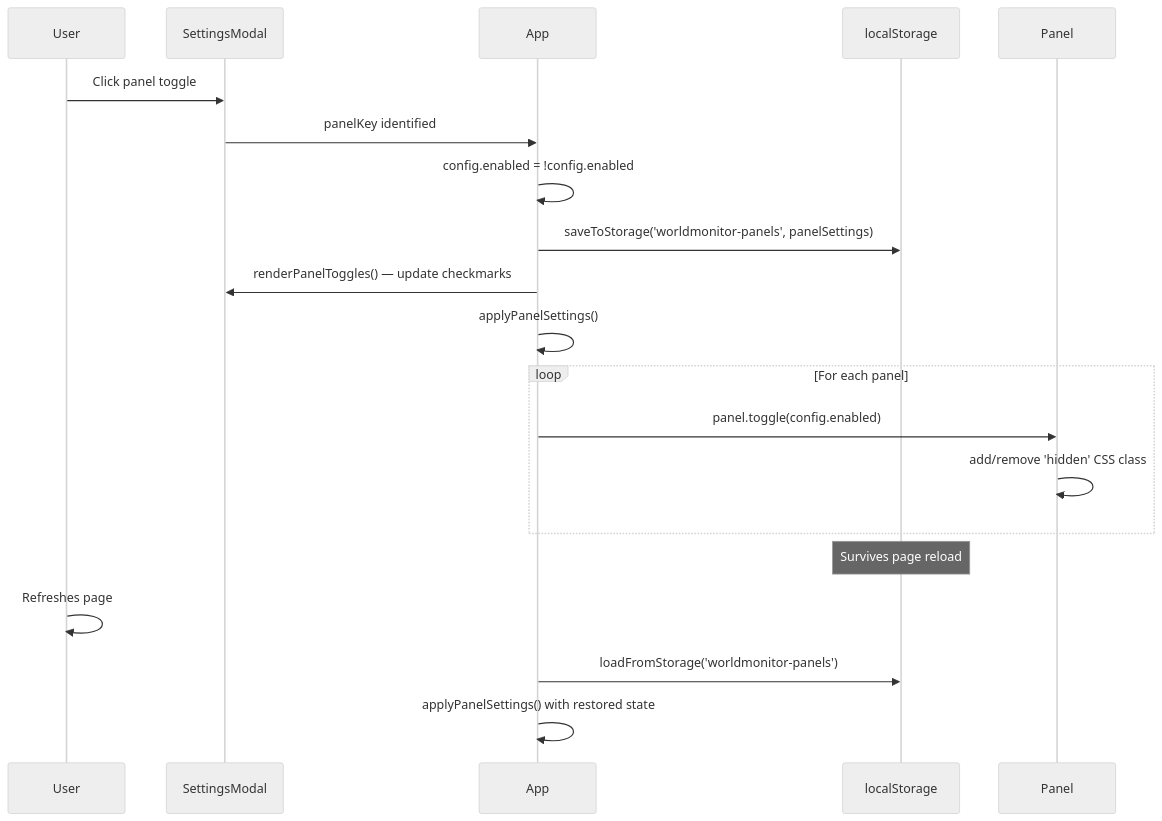
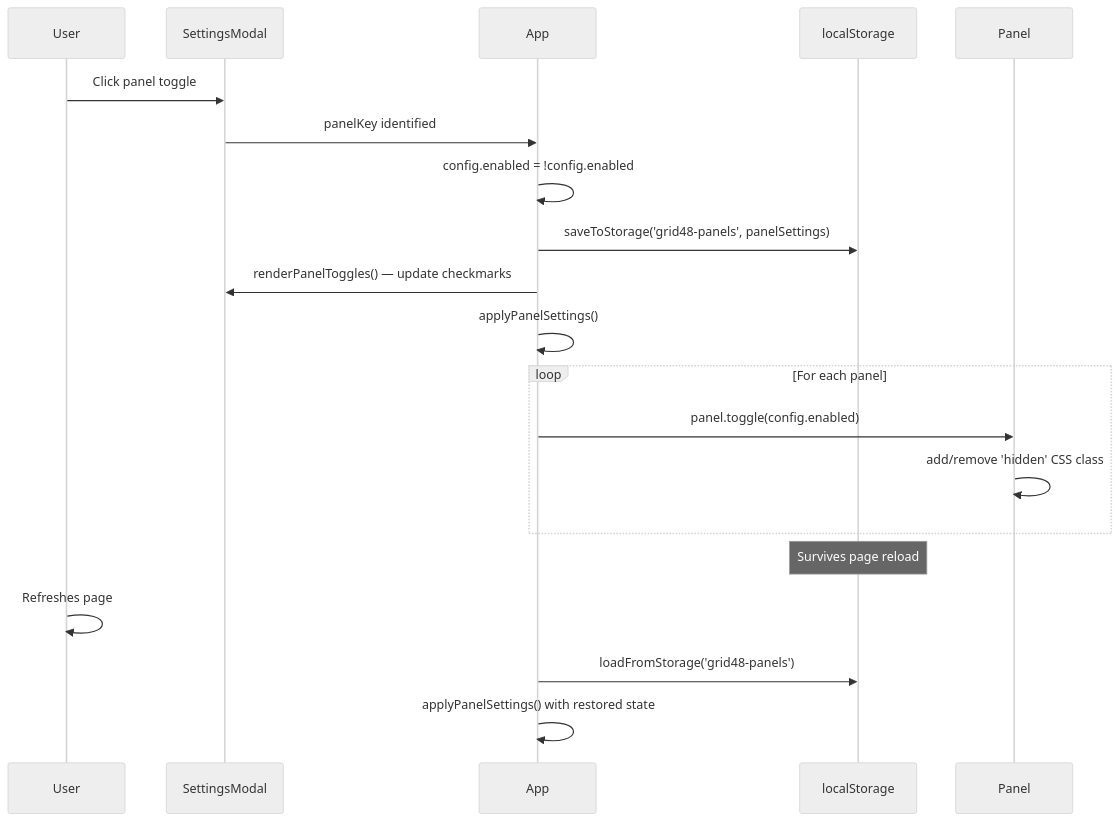
One commit to Dobrador01/Grid-48 changed the third of 3 diagrams in grid48-main/docs/Docs_To_Review/PANELS.md. Above: the diagram before and after it, drawn with Mermaid (neutral theme). The commit also changed other lines of this file and 256 other files, not shown here.

````diff
--- a/grid48-main/docs/Docs_To_Review/PANELS.md
+++ b/grid48-main/docs/Docs_To_Review/PANELS.md
@@ -869,23 +869,23 @@
 ```mermaid
 sequenceDiagram
     participant User
     participant SettingsModal
     participant App
     participant localStorage
     participant Panel
 
     User->>SettingsModal: Click panel toggle
     SettingsModal->>App: panelKey identified
     App->>App: config.enabled = !config.enabled
-    App->>localStorage: saveToStorage('worldmonitor-panels', panelSettings)
+    App->>localStorage: saveToStorage('grid48-panels', panelSettings)
     App->>SettingsModal: renderPanelToggles() — update checkmarks
     App->>App: applyPanelSettings()
     loop For each panel
         App->>Panel: panel.toggle(config.enabled)
         Panel->>Panel: add/remove 'hidden' CSS class
     end
     Note over localStorage: Survives page reload
     User->>User: Refreshes page
-    App->>localStorage: loadFromStorage('worldmonitor-panels')
+    App->>localStorage: loadFromStorage('grid48-panels')
     App->>App: applyPanelSettings() with restored state
 ```
````
